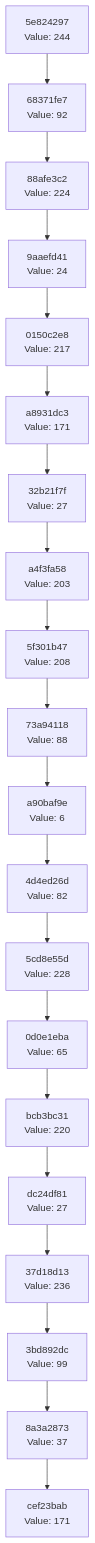
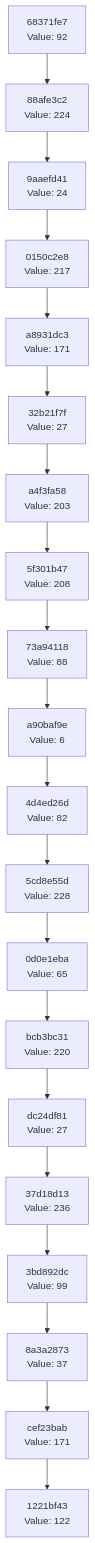
Before and after one commit to Abhisheksinha1506/hash-chain-evolver: the diagram in docs/CHAIN_VISUALIZATION.md, drawn with Mermaid. The commit also changed 3 other files, not shown here.

````diff
--- a/docs/CHAIN_VISUALIZATION.md
+++ b/docs/CHAIN_VISUALIZATION.md
@@ -3,42 +3,42 @@
 ```mermaid
 graph TD
-    C0["cef23bab<br/>Value: 171"]
-    C1["8a3a2873<br/>Value: 37"]
+    C0["1221bf43<br/>Value: 122"]
+    C1["cef23bab<br/>Value: 171"]
     C1 --> C0
-    C2["3bd892dc<br/>Value: 99"]
+    C2["8a3a2873<br/>Value: 37"]
     C2 --> C1
-    C3["37d18d13<br/>Value: 236"]
+    C3["3bd892dc<br/>Value: 99"]
     C3 --> C2
-    C4["dc24df81<br/>Value: 27"]
+    C4["37d18d13<br/>Value: 236"]
     C4 --> C3
-    C5["bcb3bc31<br/>Value: 220"]
+    C5["dc24df81<br/>Value: 27"]
     C5 --> C4
-    C6["0d0e1eba<br/>Value: 65"]
+    C6["bcb3bc31<br/>Value: 220"]
     C6 --> C5
-    C7["5cd8e55d<br/>Value: 228"]
+    C7["0d0e1eba<br/>Value: 65"]
     C7 --> C6
-    C8["4d4ed26d<br/>Value: 82"]
+    C8["5cd8e55d<br/>Value: 228"]
     C8 --> C7
-    C9["a90baf9e<br/>Value: 6"]
+    C9["4d4ed26d<br/>Value: 82"]
     C9 --> C8
-    C10["73a94118<br/>Value: 88"]
+    C10["a90baf9e<br/>Value: 6"]
     C10 --> C9
-    C11["5f301b47<br/>Value: 208"]
+    C11["73a94118<br/>Value: 88"]
     C11 --> C10
-    C12["a4f3fa58<br/>Value: 203"]
+    C12["5f301b47<br/>Value: 208"]
     C12 --> C11
-    C13["32b21f7f<br/>Value: 27"]
+    C13["a4f3fa58<br/>Value: 203"]
     C13 --> C12
-    C14["a8931dc3<br/>Value: 171"]
+    C14["32b21f7f<br/>Value: 27"]
     C14 --> C13
-    C15["0150c2e8<br/>Value: 217"]
+    C15["a8931dc3<br/>Value: 171"]
     C15 --> C14
-    C16["9aaefd41<br/>Value: 24"]
+    C16["0150c2e8<br/>Value: 217"]
     C16 --> C15
-    C17["88afe3c2<br/>Value: 224"]
+    C17["9aaefd41<br/>Value: 24"]
     C17 --> C16
-    C18["68371fe7<br/>Value: 92"]
+    C18["88afe3c2<br/>Value: 224"]
     C18 --> C17
-    C19["5e824297<br/>Value: 244"]
+    C19["68371fe7<br/>Value: 92"]
     C19 --> C18
 ```
````
